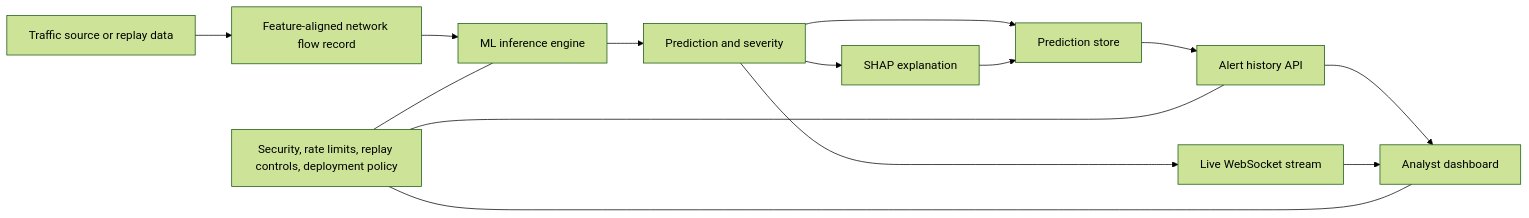
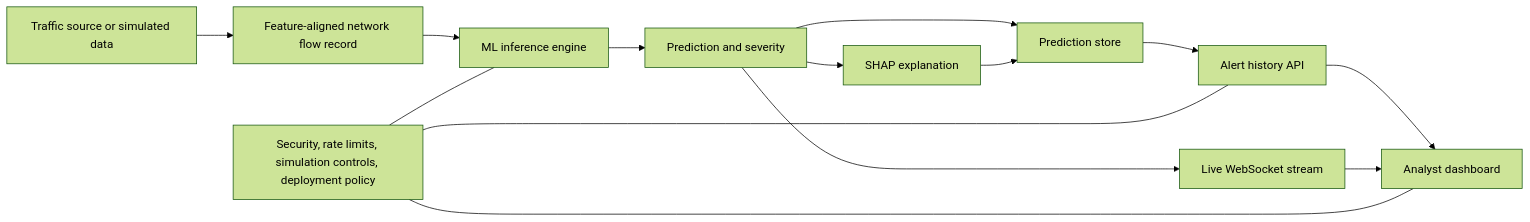
The diagram in docs/PROJECT_TECHNICAL_REVIEW.md (Harshil-sitapara/xguard-ai), drawn with Mermaid (forest theme) before and after one commit. The commit also changed other lines of this file and 89 other files, not shown here.

````diff
--- a/docs/PROJECT_TECHNICAL_REVIEW.md
+++ b/docs/PROJECT_TECHNICAL_REVIEW.md
@@ -58,16 +58,16 @@
 ```mermaid
 flowchart LR
-    A[Traffic source or replay data] --> B[Feature-aligned network flow record]
+    A[Traffic source or simulated data] --> B[Feature-aligned network flow record]
     B --> C[ML inference engine]
     C --> D[Prediction and severity]
     D --> E[SHAP explanation]
     D --> F[Prediction store]
     E --> F
     F --> G[Alert history API]
     D --> H[Live WebSocket stream]
     G --> I[Analyst dashboard]
     H --> I
-    J[Security, rate limits, replay controls, deployment policy] --- C
+    J[Security, rate limits, simulation controls, deployment policy] --- C
     J --- G
     J --- I
 ```
````
